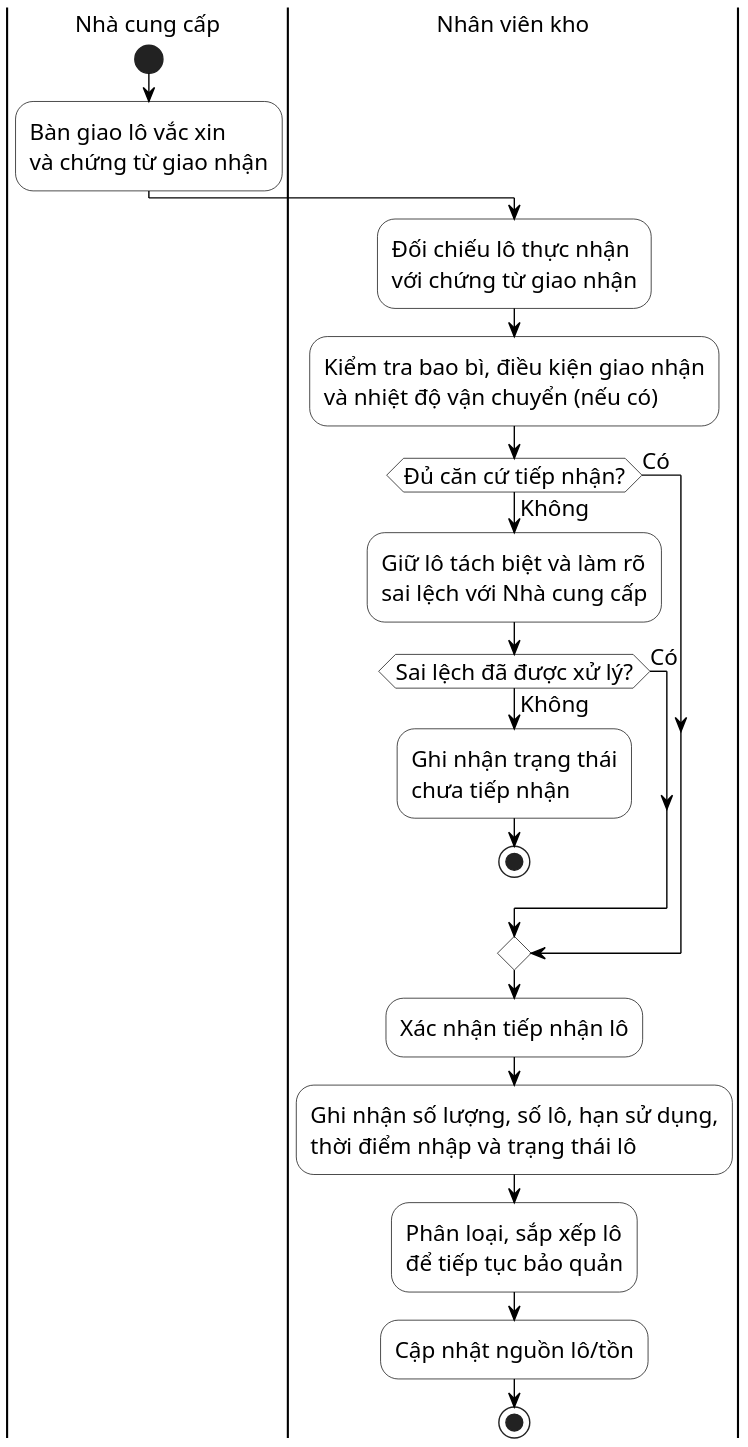
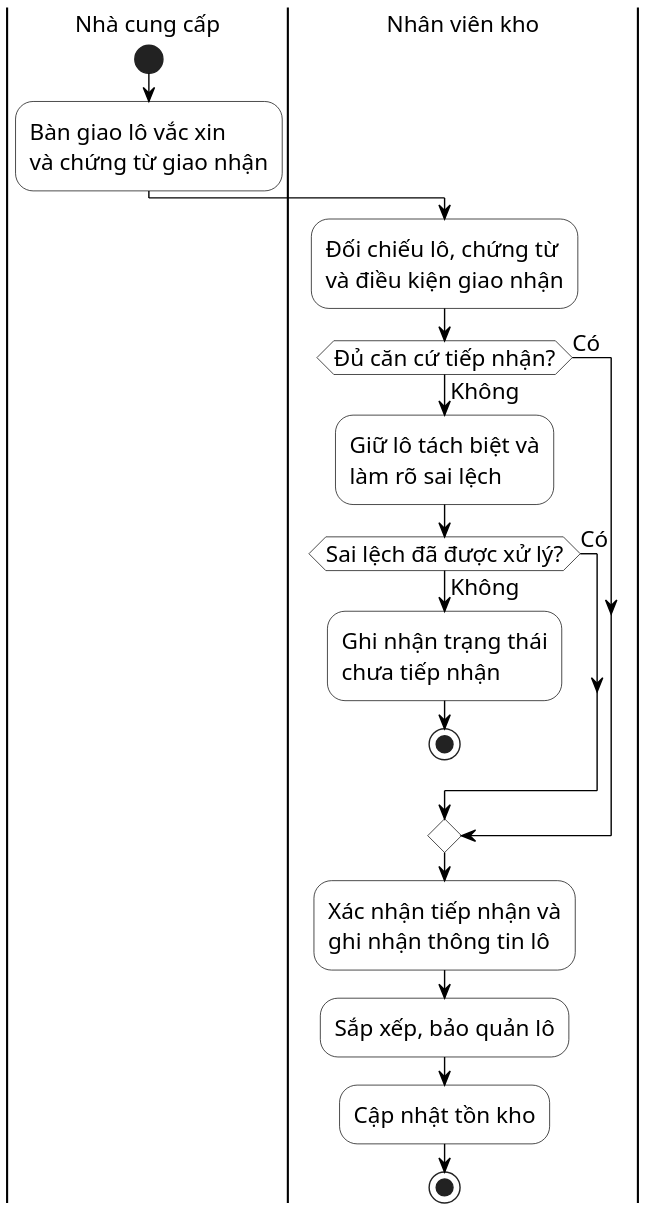
The diagram in docs/thesis/uml/Hinh_2_2_Activity_Nhap_Vac_Xin.puml (datngo1203/KLCN-QuanLyTiemChung), drawn with PlantUML before and after one commit. The commit also changed 6 other files, not shown here.

Commit message:
docs: compact business activity flow wording

```diff
--- a/docs/thesis/uml/Hinh_2_2_Activity_Nhap_Vac_Xin.puml
+++ b/docs/thesis/uml/Hinh_2_2_Activity_Nhap_Vac_Xin.puml
@@ -1,38 +1,38 @@
 @startuml
-' HUIT UML Visual Profile v1 - compact-fixed layout
+' HUIT UML Visual Profile v1 - compact data-aware layout
 skinparam monochrome true
 skinparam shadowing false
 skinparam backgroundColor white
 skinparam defaultFontName "Times New Roman"
 skinparam defaultFontSize 16
 skinparam ArrowColor black
 skinparam ActivityBorderColor black
 skinparam ActivityBackgroundColor white
 skinparam PartitionBorderColor black
 skinparam PartitionBackgroundColor white
+skinparam nodesep 20
+skinparam ranksep 24
 skinparam dpi 180
 
 |Nhà cung cấp|
 start
 :Bàn giao lô vắc xin\nvà chứng từ giao nhận;
 
 |Nhân viên kho|
-:Đối chiếu lô thực nhận\nvới chứng từ giao nhận;
-:Kiểm tra bao bì, điều kiện giao nhận\nvà nhiệt độ vận chuyển (nếu có);
+:Đối chiếu lô, chứng từ\nvà điều kiện giao nhận;
 
 if (Đủ căn cứ tiếp nhận?) then (Có)
 else (Không)
-  :Giữ lô tách biệt và làm rõ\nsai lệch với Nhà cung cấp;
+  :Giữ lô tách biệt và\nlàm rõ sai lệch;
   if (Sai lệch đã được xử lý?) then (Có)
   else (Không)
     :Ghi nhận trạng thái\nchưa tiếp nhận;
     stop
   endif
 endif
 
-:Xác nhận tiếp nhận lô;
-:Ghi nhận số lượng, số lô, hạn sử dụng,\nthời điểm nhập và trạng thái lô;
-:Phân loại, sắp xếp lô\nđể tiếp tục bảo quản;
-:Cập nhật nguồn lô/tồn;
+:Xác nhận tiếp nhận và\nghi nhận thông tin lô;
+:Sắp xếp, bảo quản lô;
+:Cập nhật tồn kho;
 stop
 @enduml
```
